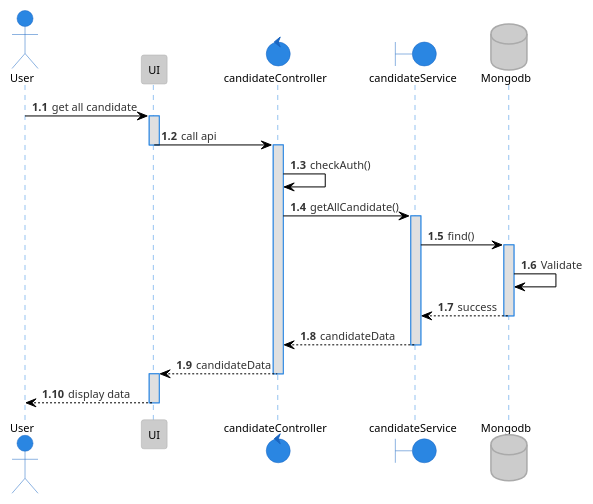
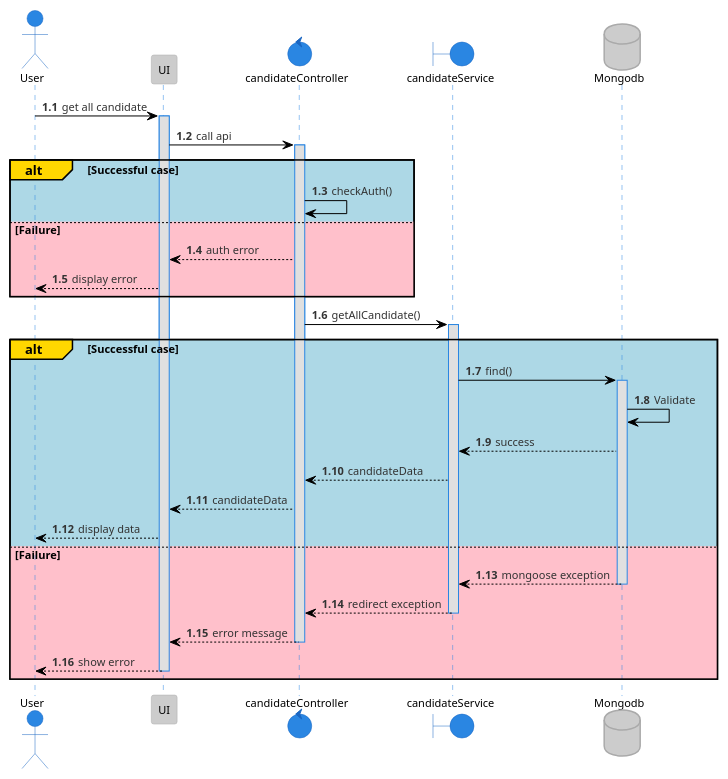
The diagram in plantuml/sequence/candidate/getAllCandidate.puml (tuannm99/RMS), drawn with PlantUML before and after one commit. The commit also changed 31 other files, not shown here.

Commit message:
update - final sequence

```diff
--- a/plantuml/sequence/candidate/getAllCandidate.puml
+++ b/plantuml/sequence/candidate/getAllCandidate.puml
@@ -1,33 +1,47 @@
 @startuml getAllCandidate
 !theme reddress-lightblue
 
 autonumber 1.1
 actor User
 participant UI
 control  candidateController
 boundary candidateService
 database Mongodb
 
 
 User -> UI: get all candidate
 activate UI
 UI -> candidateController: call api
-deactivate UI
 activate candidateController
-candidateController -> candidateController: checkAuth()
+
+alt#Gold #LightBlue Successful case
+    candidateController -> candidateController: checkAuth()
+else #Pink Failure
+    candidateController --> UI: auth error
+    UI --> User: display error
+end
+
 candidateController -> candidateService: getAllCandidate()
-activate candidateService
-candidateService -> Mongodb: find()
-activate Mongodb
-Mongodb -> Mongodb: Validate
-Mongodb --> candidateService: success
-deactivate Mongodb
-candidateService --> candidateController: candidateData
-deactivate candidateService
-candidateController --> UI: candidateData
-deactivate candidateController
-activate UI
-UI --> User: display data
-deactivate UI
+
+alt#Gold #LightBlue Successful case
+    activate candidateService
+    candidateService -> Mongodb: find()
+    activate Mongodb
+    Mongodb -> Mongodb: Validate
+    Mongodb --> candidateService: success
+    candidateService --> candidateController: candidateData
+    candidateController --> UI: candidateData
+    UI --> User: display data
+else #Pink Failure
+    Mongodb --> candidateService: mongoose exception
+    deactivate Mongodb
+    candidateService --> candidateController: redirect exception
+    deactivate candidateService
+    candidateController --> UI: error message
+    deactivate candidateController
+    UI --> User: show error
+    deactivate Mongodb
+    deactivate UI
+end
 
 @enduml
```
